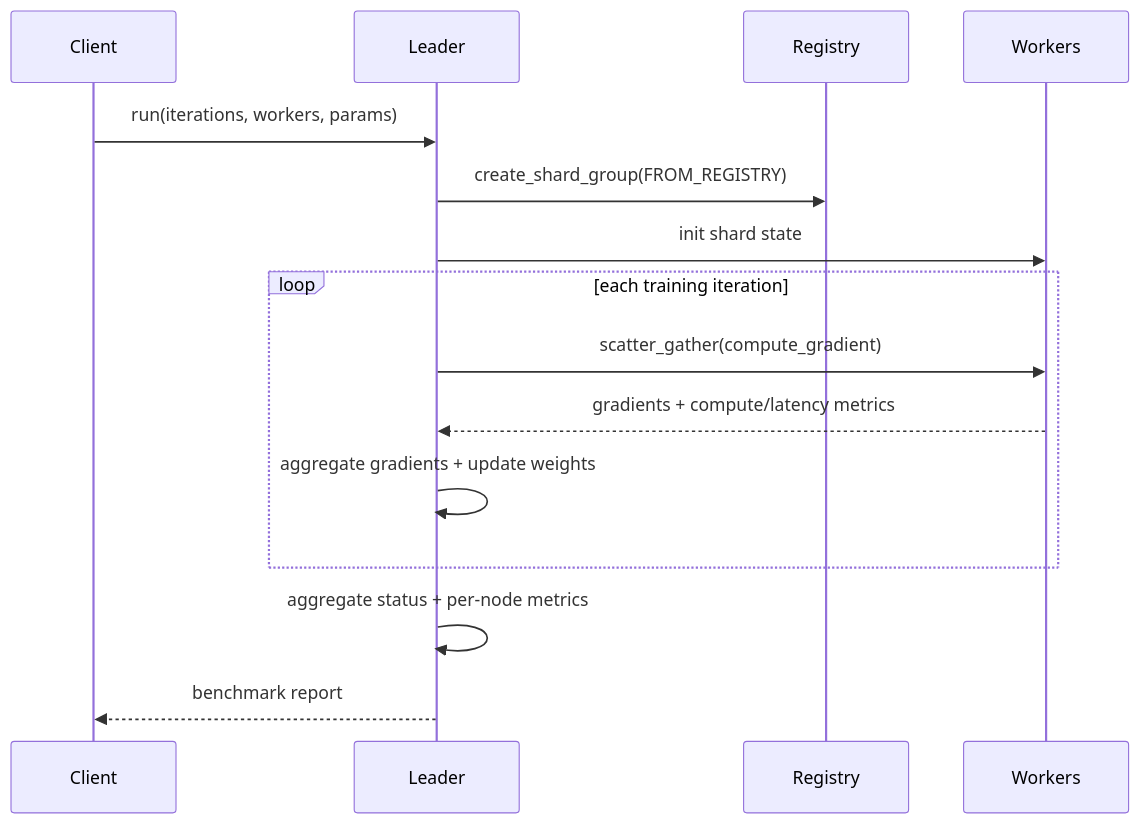
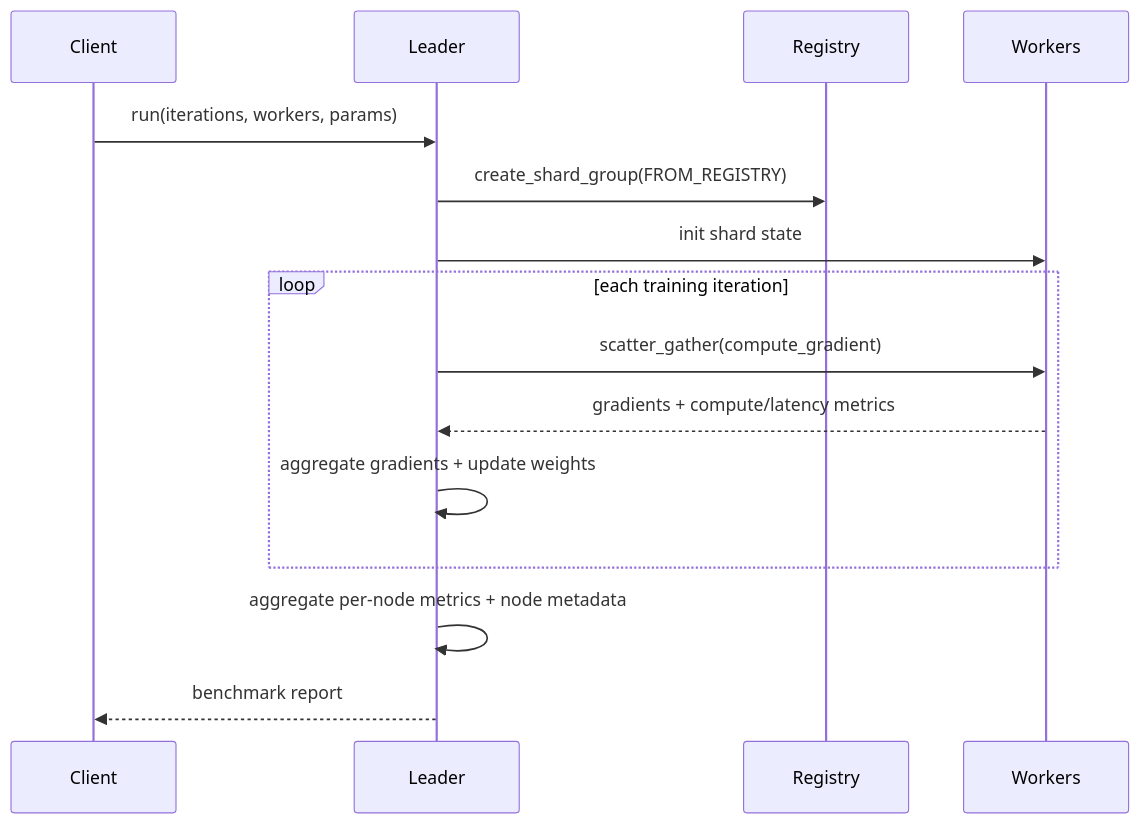
One commit to bhatti/PlexSpaces changed the second of 2 diagrams in examples/rust/apps/parameter_server/README.md. Above: the diagram before and after it, drawn with Mermaid. The commit also changed other lines of this file and 414 other files, not shown here.

````diff
--- a/examples/rust/apps/parameter_server/README.md
+++ b/examples/rust/apps/parameter_server/README.md
@@ -44,18 +44,18 @@
 ```mermaid
 sequenceDiagram
   participant Client
   participant Leader
   participant Registry
   participant Workers
 
   Client->>Leader: run(iterations, workers, params)
   Leader->>Registry: create_shard_group(FROM_REGISTRY)
   Leader->>Workers: init shard state
   loop each training iteration
     Leader->>Workers: scatter_gather(compute_gradient)
     Workers-->>Leader: gradients + compute/latency metrics
     Leader->>Leader: aggregate gradients + update weights
   end
-  Leader->>Leader: aggregate status + per-node metrics
+  Leader->>Leader: aggregate per-node metrics + node metadata
   Leader-->>Client: benchmark report
 ```
````
